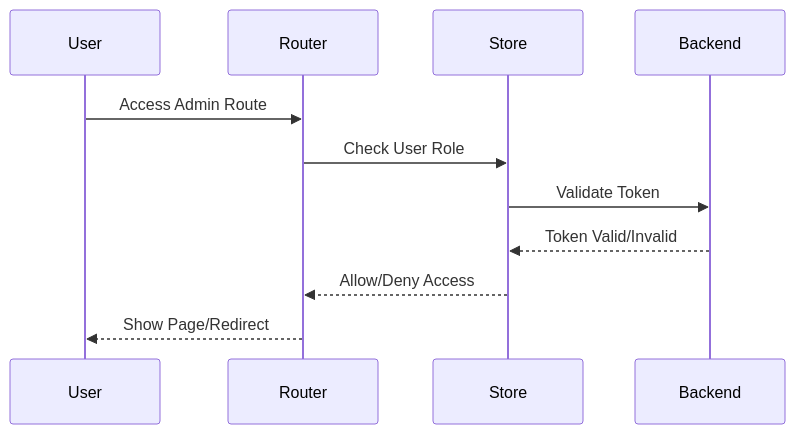
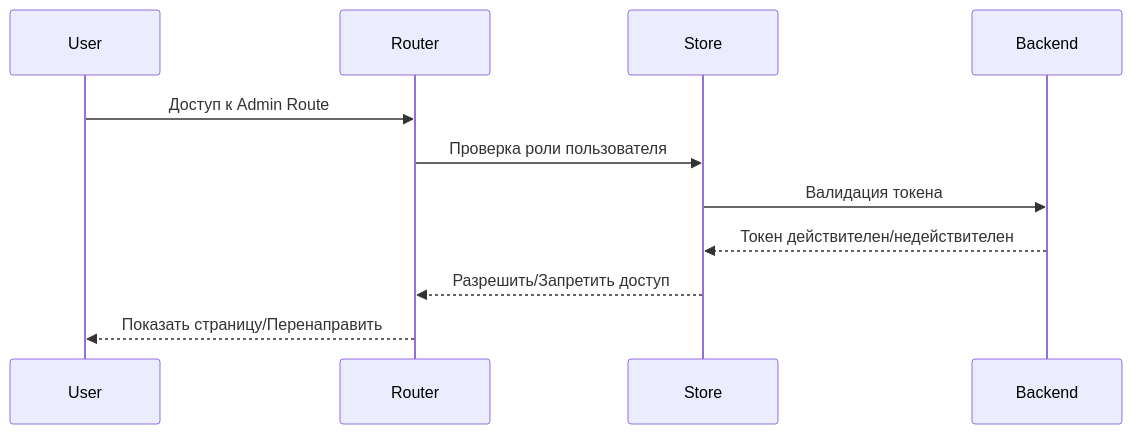
Before and after one commit to misha1350/mospolytech-web-app: the third of 5 diagrams in docs/ARCHITECTURE.md, drawn with Mermaid. The commit also changed other lines of this file and 6 other files, not shown here.

````diff
--- a/docs/ARCHITECTURE.md
+++ b/docs/ARCHITECTURE.md
@@ -57,14 +57,14 @@
    ```mermaid
    sequenceDiagram
        participant User
        participant Router
        participant Store
        participant Backend
        
-       User->>Router: Access Admin Route
-       Router->>Store: Check User Role
-       Store->>Backend: Validate Token
-       Backend-->>Store: Token Valid/Invalid
-       Store-->>Router: Allow/Deny Access
-       Router-->>User: Show Page/Redirect
+       User->>Router: Доступ к Admin Route
+       Router->>Store: Проверка роли пользователя
+       Store->>Backend: Валидация токена
+       Backend-->>Store: Токен действителен/недействителен
+       Store-->>Router: Разрешить/Запретить доступ
+       Router-->>User: Показать страницу/Перенаправить
    ```
````
